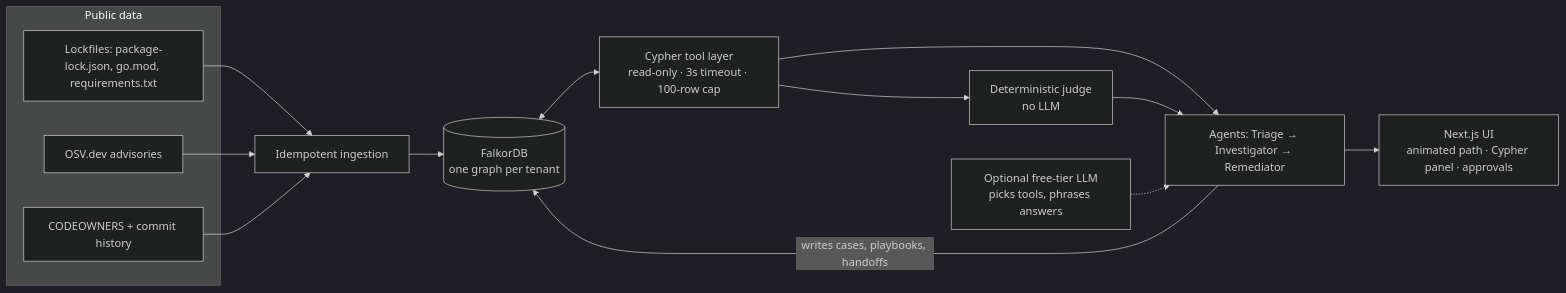
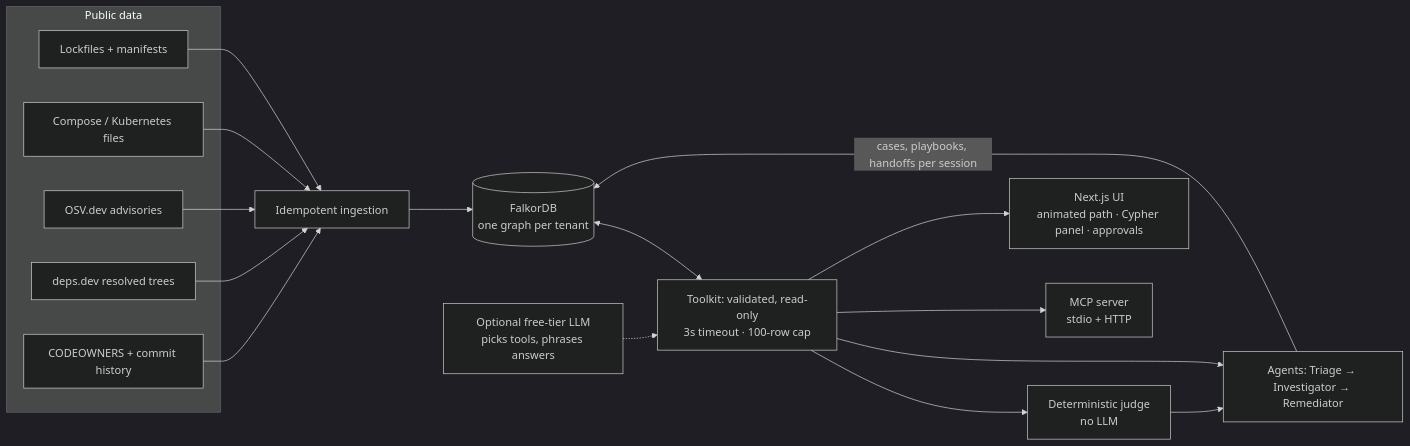
The diagram in README.md (NishaadG/blastradius), drawn with Mermaid (dark theme) before and after one commit. The commit also changed other lines of this file and 133 other files, not shown here.

Commit message:
Discovery from deployment files, MCP server, LLM loop, repo analysis, session isolation, hardening, benchmark, AWS deploy scripts

````diff
--- a/README.md
+++ b/README.md
@@ -43,17 +54,20 @@
 ```mermaid
 flowchart LR
   subgraph Public data
-    L[Lockfiles: package-lock.json, go.mod, requirements.txt]
+    L[Lockfiles + manifests]
+    D[Compose / Kubernetes files]
     O[OSV.dev advisories]
+    X[deps.dev resolved trees]
     C[CODEOWNERS + commit history]
   end
-  L & O & C --> I[Idempotent ingestion]
+  L & D & O & X & C --> I[Idempotent ingestion]
   I --> G[(FalkorDB<br/>one graph per tenant)]
-  G <--> T[Cypher tool layer<br/>read-only · 3s timeout · 100-row cap]
+  G <--> T[Toolkit: validated, read-only<br/>3s timeout · 100-row cap]
   T --> J[Deterministic judge<br/>no LLM]
   T --> A[Agents: Triage → Investigator → Remediator]
   J --> A
-  A -->|writes cases, playbooks, handoffs| G
-  A --> UI[Next.js UI<br/>animated path · Cypher panel · approvals]
-  LLM[Optional free-tier LLM<br/>picks tools, phrases answers] -.-> A
+  A -->|cases, playbooks, handoffs per session| G
+  T --> M[MCP server<br/>stdio + HTTP]
+  T --> UI[Next.js UI<br/>animated path · Cypher panel · approvals]
+  LLM[Optional free-tier LLM<br/>picks tools, phrases answers] -.-> T
 ```
````
